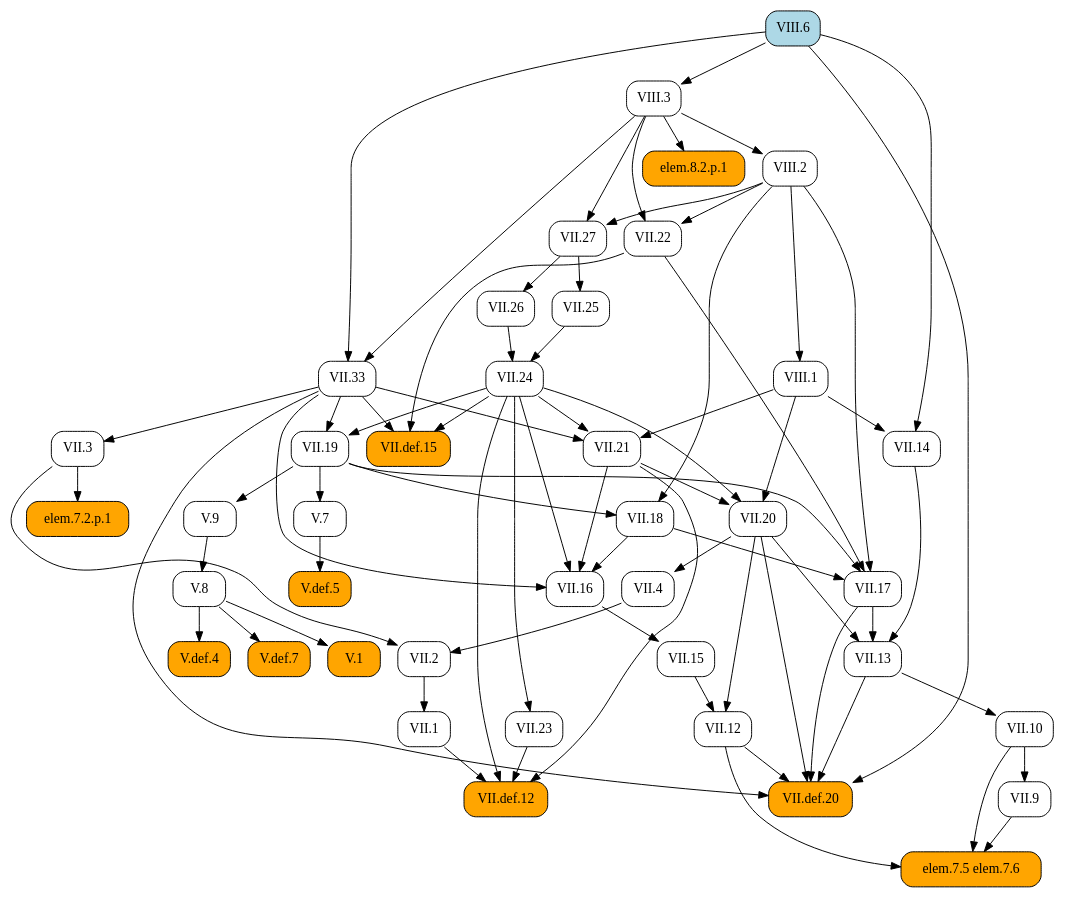
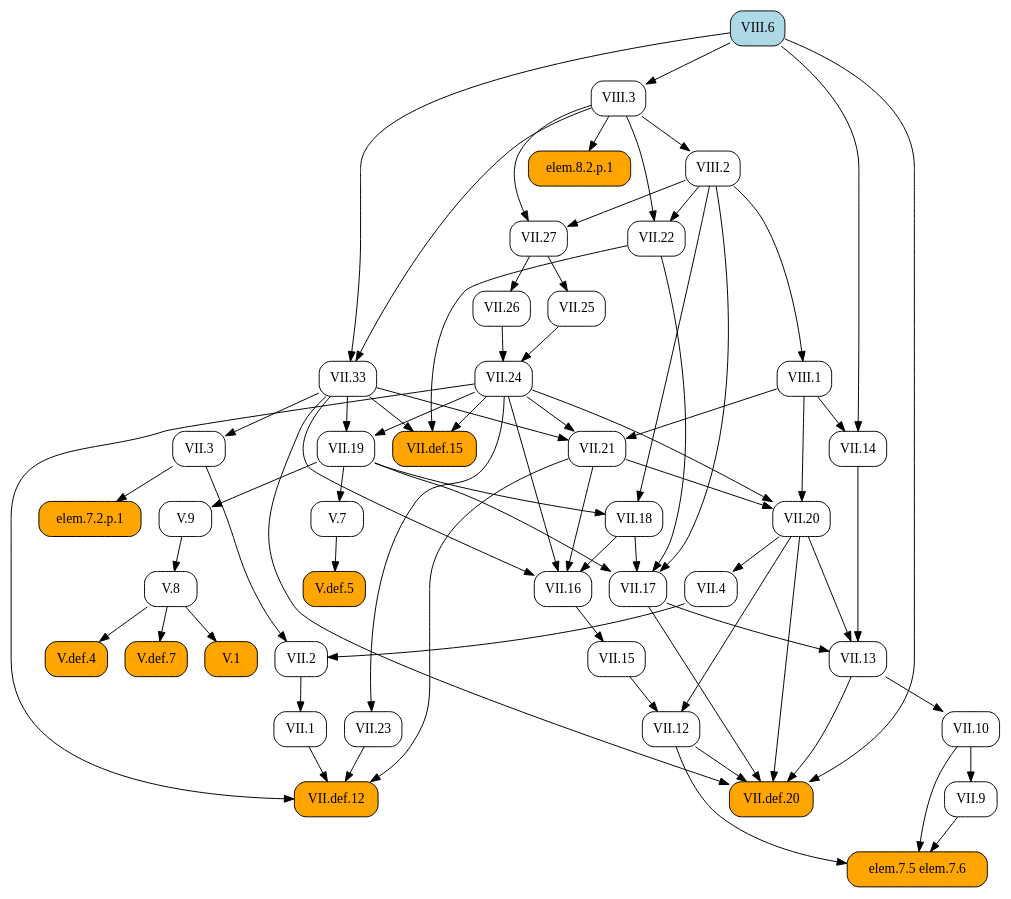
Before and after one commit to geometor/elements: the diagram in docsrc/heath/VIII/6/index.rst, drawn with Graphviz. The commit also changed other lines of this file and 1029 other files, not shown here.

```diff
--- a/docsrc/heath/VIII/6/index.rst
+++ b/docsrc/heath/VIII/6/index.rst
@@ -44,116 +44,116 @@
    digraph {
      rankdir="TB";
      node [shape=box, style=rounded];
-     "V.1" [style="rounded,filled", fillcolor=orange, URL="/heath/V/1/", target="_top"];
-     "VII.12" [URL="/heath/VII/12/", target="_top"];
-     "VII.14" [URL="/heath/VII/14/", target="_top"];
-     "VII.13" [URL="/heath/VII/13/", target="_top"];
-     "VII.16" [URL="/heath/VII/16/", target="_top"];
-     "V.def.4" [style="rounded,filled", fillcolor=orange, URL="/heath/V/def.4/", target="_top"];
-     "VII.def.15" [style="rounded,filled", fillcolor=orange, URL="/heath/VII/def.15/", target="_top"];
-     "VII.18" [URL="/heath/VII/18/", target="_top"];
-     "V.8" [URL="/heath/V/8/", target="_top"];
-     "VII.21" [URL="/heath/VII/21/", target="_top"];
-     "V.7" [URL="/heath/V/7/", target="_top"];
-     "VII.15" [URL="/heath/VII/15/", target="_top"];
-     "VII.def.12" [style="rounded,filled", fillcolor=orange, URL="/heath/VII/def.12/", target="_top"];
-     "VII.2" [URL="/heath/VII/2/", target="_top"];
-     "VII.def.20" [style="rounded,filled", fillcolor=orange, URL="/heath/VII/def.20/", target="_top"];
+     "VII.1" [URL="/heath/VII/1/", target="_top"];
+     "VII.9" [URL="/heath/VII/9/", target="_top"];
+     "V.def.5" [style="rounded,filled", fillcolor=orange, URL="/heath/V/def.5/", target="_top"];
+     "VII.17" [URL="/heath/VII/17/", target="_top"];
      "VII.3" [URL="/heath/VII/3/", target="_top"];
      "elem.7.5 elem.7.6" [style="rounded,filled", fillcolor=orange];
+     "V.7" [URL="/heath/V/7/", target="_top"];
+     "V.9" [URL="/heath/V/9/", target="_top"];
+     "VII.13" [URL="/heath/VII/13/", target="_top"];
+     "VII.2" [URL="/heath/VII/2/", target="_top"];
+     "VIII.1" [URL="/heath/VIII/1/", target="_top"];
+     "VIII.2" [URL="/heath/VIII/2/", target="_top"];
+     "VII.12" [URL="/heath/VII/12/", target="_top"];
+     "VII.24" [URL="/heath/VII/24/", target="_top"];
+     "VIII.6" [style="rounded,filled", fillcolor=lightblue, URL="/heath/VIII/6/", target="_top"];
+     "VII.def.12" [style="rounded,filled", fillcolor=orange, URL="/heath/VII/def.12/", target="_top"];
+     "V.8" [URL="/heath/V/8/", target="_top"];
+     "VII.33" [URL="/heath/VII/33/", target="_top"];
+     "elem.7.2.p.1" [style="rounded,filled", fillcolor=orange];
+     "VII.10" [URL="/heath/VII/10/", target="_top"];
+     "VII.def.15" [style="rounded,filled", fillcolor=orange, URL="/heath/VII/def.15/", target="_top"];
+     "VII.19" [URL="/heath/VII/19/", target="_top"];
+     "VII.18" [URL="/heath/VII/18/", target="_top"];
+     "VII.16" [URL="/heath/VII/16/", target="_top"];
+     "VII.26" [URL="/heath/VII/26/", target="_top"];
+     "VII.4" [URL="/heath/VII/4/", target="_top"];
+     "VII.25" [URL="/heath/VII/25/", target="_top"];
+     "VII.21" [URL="/heath/VII/21/", target="_top"];
+     "V.1" [style="rounded,filled", fillcolor=orange, URL="/heath/V/1/", target="_top"];
+     "VII.20" [URL="/heath/VII/20/", target="_top"];
+     "VII.14" [URL="/heath/VII/14/", target="_top"];
+     "VII.27" [URL="/heath/VII/27/", target="_top"];
+     "VIII.3" [URL="/heath/VIII/3/", target="_top"];
+     "V.def.4" [style="rounded,filled", fillcolor=orange, URL="/heath/V/def.4/", target="_top"];
+     "VII.22" [URL="/heath/VII/22/", target="_top"];
+     "V.def.7" [style="rounded,filled", fillcolor=orange, URL="/heath/V/def.7/", target="_top"];
+     "VII.23" [URL="/heath/VII/23/", target="_top"];
+     "VII.15" [URL="/heath/VII/15/", target="_top"];
+     "VII.def.20" [style="rounded,filled", fillcolor=orange, URL="/heath/VII/def.20/", target="_top"];
      "elem.8.2.p.1" [style="rounded,filled", fillcolor=orange];
-     "VII.10" [URL="/heath/VII/10/", target="_top"];
-     "V.def.7" [style="rounded,filled", fillcolor=orange, URL="/heath/V/def.7/", target="_top"];
-     "VII.20" [URL="/heath/VII/20/", target="_top"];
-     "VII.9" [URL="/heath/VII/9/", target="_top"];
-     "VIII.1" [URL="/heath/VIII/1/", target="_top"];
-     "VII.25" [URL="/heath/VII/25/", target="_top"];
-     "VII.23" [URL="/heath/VII/23/", target="_top"];
-     "VII.27" [URL="/heath/VII/27/", target="_top"];
-     "VIII.2" [URL="/heath/VIII/2/", target="_top"];
-     "VII.24" [URL="/heath/VII/24/", target="_top"];
-     "VIII.3" [URL="/heath/VIII/3/", target="_top"];
-     "VII.19" [URL="/heath/VII/19/", target="_top"];
-     "VII.4" [URL="/heath/VII/4/", target="_top"];
-     "elem.7.2.p.1" [style="rounded,filled", fillcolor=orange];
-     "V.9" [URL="/heath/V/9/", target="_top"];
-     "VII.26" [URL="/heath/VII/26/", target="_top"];
-     "VII.1" [URL="/heath/VII/1/", target="_top"];
-     "VII.22" [URL="/heath/VII/22/", target="_top"];
-     "VIII.6" [style="rounded,filled", fillcolor=lightblue, URL="/heath/VIII/6/", target="_top"];
-     "VII.33" [URL="/heath/VII/33/", target="_top"];
-     "V.def.5" [style="rounded,filled", fillcolor=orange, URL="/heath/V/def.5/", target="_top"];
-     "VII.17" [URL="/heath/VII/17/", target="_top"];
-     "V.8" -> "V.1";
-     "VII.15" -> "VII.12";
-     "VII.20" -> "VII.12";
-     "VIII.1" -> "VII.14";
-     "VIII.6" -> "VII.14";
+     "VII.2" -> "VII.1";
+     "VII.10" -> "VII.9";
+     "V.7" -> "V.def.5";
+     "VII.18" -> "VII.17";
+     "VII.19" -> "VII.17";
+     "VII.22" -> "VII.17";
+     "VIII.2" -> "VII.17";
+     "VII.33" -> "VII.3";
+     "VII.9" -> "elem.7.5 elem.7.6";
+     "VII.10" -> "elem.7.5 elem.7.6";
+     "VII.12" -> "elem.7.5 elem.7.6";
+     "VII.19" -> "V.7";
+     "VII.19" -> "V.9";
      "VII.14" -> "VII.13";
      "VII.17" -> "VII.13";
      "VII.20" -> "VII.13";
+     "VII.3" -> "VII.2";
+     "VII.4" -> "VII.2";
+     "VIII.2" -> "VIII.1";
+     "VIII.3" -> "VIII.2";
+     "VII.15" -> "VII.12";
+     "VII.20" -> "VII.12";
+     "VII.25" -> "VII.24";
+     "VII.26" -> "VII.24";
+     "VII.1" -> "VII.def.12";
+     "VII.21" -> "VII.def.12";
+     "VII.23" -> "VII.def.12";
+     "VII.24" -> "VII.def.12";
+     "V.9" -> "V.8";
+     "VIII.3" -> "VII.33";
+     "VIII.6" -> "VII.33";
+     "VII.3" -> "elem.7.2.p.1";
+     "VII.13" -> "VII.10";
+     "VII.22" -> "VII.def.15";
+     "VII.24" -> "VII.def.15";
+     "VII.33" -> "VII.def.15";
+     "VII.24" -> "VII.19";
+     "VII.33" -> "VII.19";
+     "VII.19" -> "VII.18";
+     "VIII.2" -> "VII.18";
      "VII.18" -> "VII.16";
      "VII.21" -> "VII.16";
      "VII.24" -> "VII.16";
      "VII.33" -> "VII.16";
-     "V.8" -> "V.def.4";
-     "VII.22" -> "VII.def.15";
-     "VII.24" -> "VII.def.15";
-     "VII.33" -> "VII.def.15";
-     "VII.19" -> "VII.18";
-     "VIII.2" -> "VII.18";
-     "V.9" -> "V.8";
+     "VII.27" -> "VII.26";
+     "VII.20" -> "VII.4";
+     "VII.27" -> "VII.25";
      "VII.24" -> "VII.21";
      "VII.33" -> "VII.21";
      "VIII.1" -> "VII.21";
-     "VII.19" -> "V.7";
+     "V.8" -> "V.1";
+     "VII.21" -> "VII.20";
+     "VII.24" -> "VII.20";
+     "VIII.1" -> "VII.20";
+     "VIII.1" -> "VII.14";
+     "VIII.6" -> "VII.14";
+     "VIII.2" -> "VII.27";
+     "VIII.3" -> "VII.27";
+     "VIII.6" -> "VIII.3";
+     "V.8" -> "V.def.4";
+     "VIII.2" -> "VII.22";
+     "VIII.3" -> "VII.22";
+     "V.8" -> "V.def.7";
+     "VII.24" -> "VII.23";
      "VII.16" -> "VII.15";
-     "VII.1" -> "VII.def.12";
-     "VII.21" -> "VII.def.12";
-     "VII.23" -> "VII.def.12";
-     "VII.24" -> "VII.def.12";
-     "VII.3" -> "VII.2";
-     "VII.4" -> "VII.2";
      "VII.12" -> "VII.def.20";
      "VII.13" -> "VII.def.20";
      "VII.17" -> "VII.def.20";
      "VII.20" -> "VII.def.20";
      "VII.33" -> "VII.def.20";
      "VIII.6" -> "VII.def.20";
-     "VII.33" -> "VII.3";
-     "VII.9" -> "elem.7.5 elem.7.6";
-     "VII.10" -> "elem.7.5 elem.7.6";
-     "VII.12" -> "elem.7.5 elem.7.6";
      "VIII.3" -> "elem.8.2.p.1";
-     "VII.13" -> "VII.10";
-     "V.8" -> "V.def.7";
-     "VII.21" -> "VII.20";
-     "VII.24" -> "VII.20";
-     "VIII.1" -> "VII.20";
-     "VII.10" -> "VII.9";
-     "VIII.2" -> "VIII.1";
-     "VII.27" -> "VII.25";
-     "VII.24" -> "VII.23";
-     "VIII.2" -> "VII.27";
-     "VIII.3" -> "VII.27";
-     "VIII.3" -> "VIII.2";
-     "VII.25" -> "VII.24";
-     "VII.26" -> "VII.24";
-     "VIII.6" -> "VIII.3";
-     "VII.24" -> "VII.19";
-     "VII.33" -> "VII.19";
-     "VII.20" -> "VII.4";
-     "VII.3" -> "elem.7.2.p.1";
-     "VII.19" -> "V.9";
-     "VII.27" -> "VII.26";
-     "VII.2" -> "VII.1";
-     "VIII.2" -> "VII.22";
-     "VIII.3" -> "VII.22";
-     "VIII.3" -> "VII.33";
-     "VIII.6" -> "VII.33";
-     "V.7" -> "V.def.5";
-     "VII.18" -> "VII.17";
-     "VII.19" -> "VII.17";
-     "VII.22" -> "VII.17";
-     "VIII.2" -> "VII.17";
    }
```
